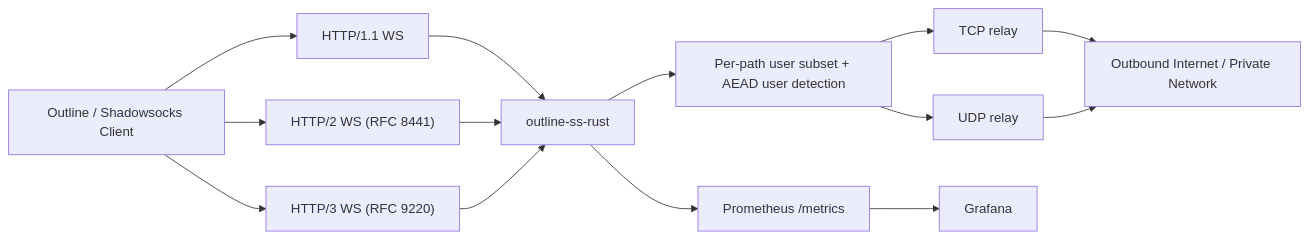
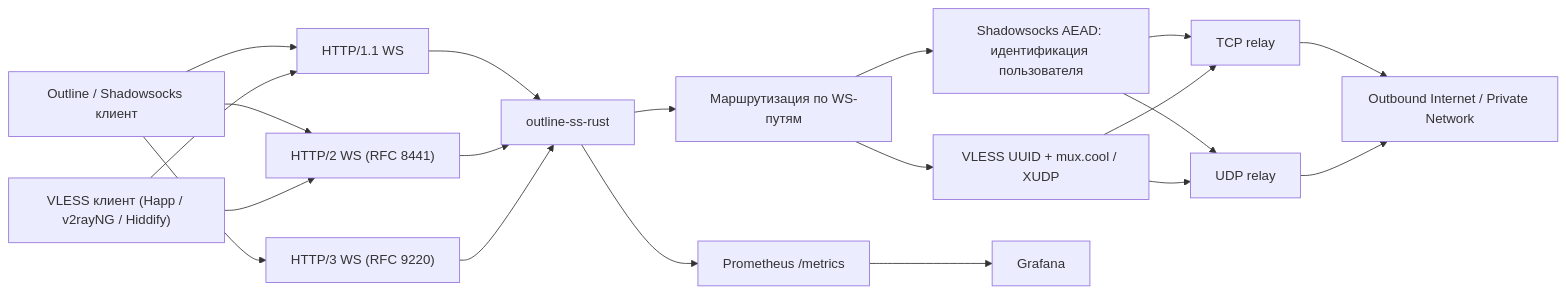
The diagram in ss/README.ru.md (balookrd/outline-proxy), drawn with Mermaid before and after one commit. The commit also changed other lines of this file and 1 other file, not shown here.

Commit message:
docs: add logo and surface VLESS in README quick view
Embed the project logo in both READMEs, mention VLESS-over-WebSocket
support in the overview, and split the architecture diagram so the
Shadowsocks AEAD and VLESS UUID auth paths are both visible.

````diff
--- a/ss/README.ru.md
+++ b/ss/README.ru.md
@@ -65,20 +67,28 @@
 ```mermaid
 flowchart LR
-    C["Outline / Shadowsocks Client"] --> H1["HTTP/1.1 WS"]
-    C --> H2["HTTP/2 WS (RFC 8441)"]
-    C --> H3["HTTP/3 WS (RFC 9220)"]
+    SS["Outline / Shadowsocks клиент"] --> H1["HTTP/1.1 WS"]
+    SS --> H2["HTTP/2 WS (RFC 8441)"]
+    SS --> H3["HTTP/3 WS (RFC 9220)"]
+
+    VL["VLESS клиент (Happ / v2rayNG / Hiddify)"] --> H1
+    VL --> H2
 
     H1 --> S["outline-ss-rust"]
     H2 --> S
     H3 --> S
 
-    S --> AUTH["Per-path user subset + AEAD user detection"]
-    AUTH --> TCP["TCP relay"]
-    AUTH --> UDP["UDP relay"]
+    S --> ROUTER["Маршрутизация по WS-путям"]
+    ROUTER --> SSAUTH["Shadowsocks AEAD: идентификация пользователя"]
+    ROUTER --> VLAUTH["VLESS UUID + mux.cool / XUDP"]
+
+    SSAUTH --> TCP["TCP relay"]
+    SSAUTH --> UDP["UDP relay"]
+    VLAUTH --> TCP
+    VLAUTH --> UDP
 
     TCP --> NET["Outbound Internet / Private Network"]
     UDP --> NET
 
     S --> METRICS["Prometheus /metrics"]
     METRICS --> G["Grafana"]
 ```
````
